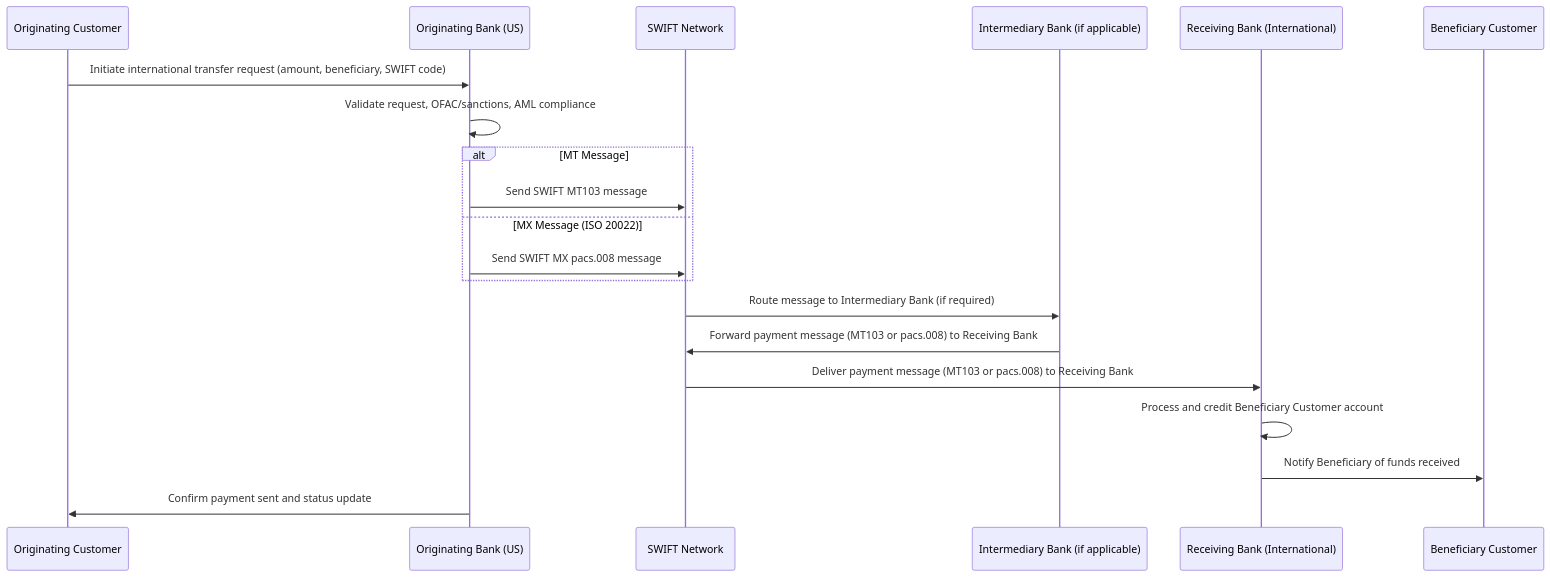
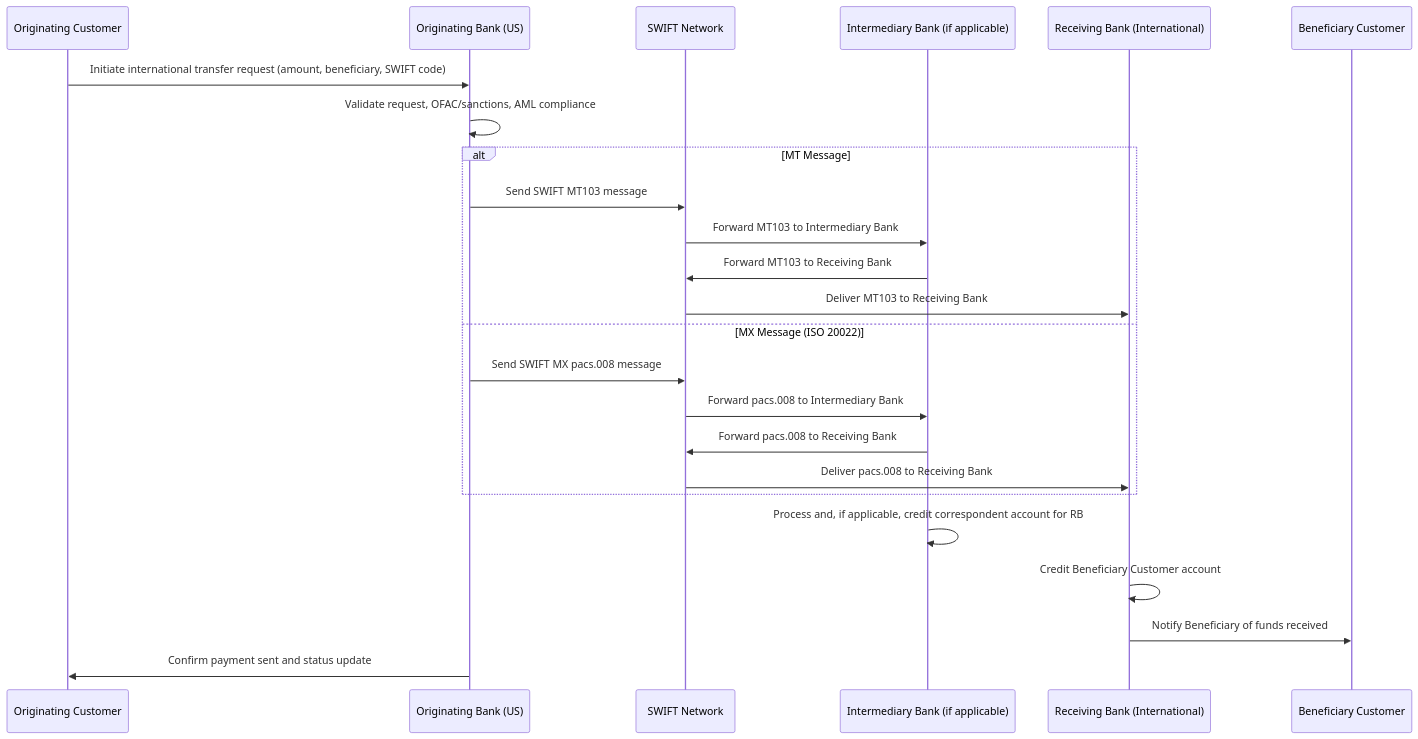
Before and after one commit to paranthaman-rajendran/prompt-lib: the diagram in prompts/us-intl.md, drawn with Mermaid.

````diff
--- a/prompts/us-intl.md
+++ b/prompts/us-intl.md
@@ -1,23 +1,29 @@
 ```mermaid
 sequenceDiagram
     participant OC as Originating Customer
     participant OB as Originating Bank (US)
     participant SW as SWIFT Network
     participant IB as Intermediary Bank (if applicable)
     participant RB as Receiving Bank (International)
     participant BC as Beneficiary Customer
 
     OC->>OB: Initiate international transfer request (amount, beneficiary, SWIFT code)
     OB->>OB: Validate request, OFAC/sanctions, AML compliance
+
     alt MT Message
         OB->>SW: Send SWIFT MT103 message
+        SW->>IB: Forward MT103 to Intermediary Bank
+        IB->>SW: Forward MT103 to Receiving Bank
+        SW->>RB: Deliver MT103 to Receiving Bank
     else MX Message (ISO 20022)
         OB->>SW: Send SWIFT MX pacs.008 message
+        SW->>IB: Forward pacs.008 to Intermediary Bank
+        IB->>SW: Forward pacs.008 to Receiving Bank
+        SW->>RB: Deliver pacs.008 to Receiving Bank
     end
-    SW->>IB: Route message to Intermediary Bank (if required)
-    IB->>SW: Forward payment message (MT103 or pacs.008) to Receiving Bank
-    SW->>RB: Deliver payment message (MT103 or pacs.008) to Receiving Bank
-    RB->>RB: Process and credit Beneficiary Customer account
+
+    IB->>IB: Process and, if applicable, credit correspondent account for RB
+    RB->>RB: Credit Beneficiary Customer account
     RB->>BC: Notify Beneficiary of funds received
     OB->>OC: Confirm payment sent and status update
 ```
````
